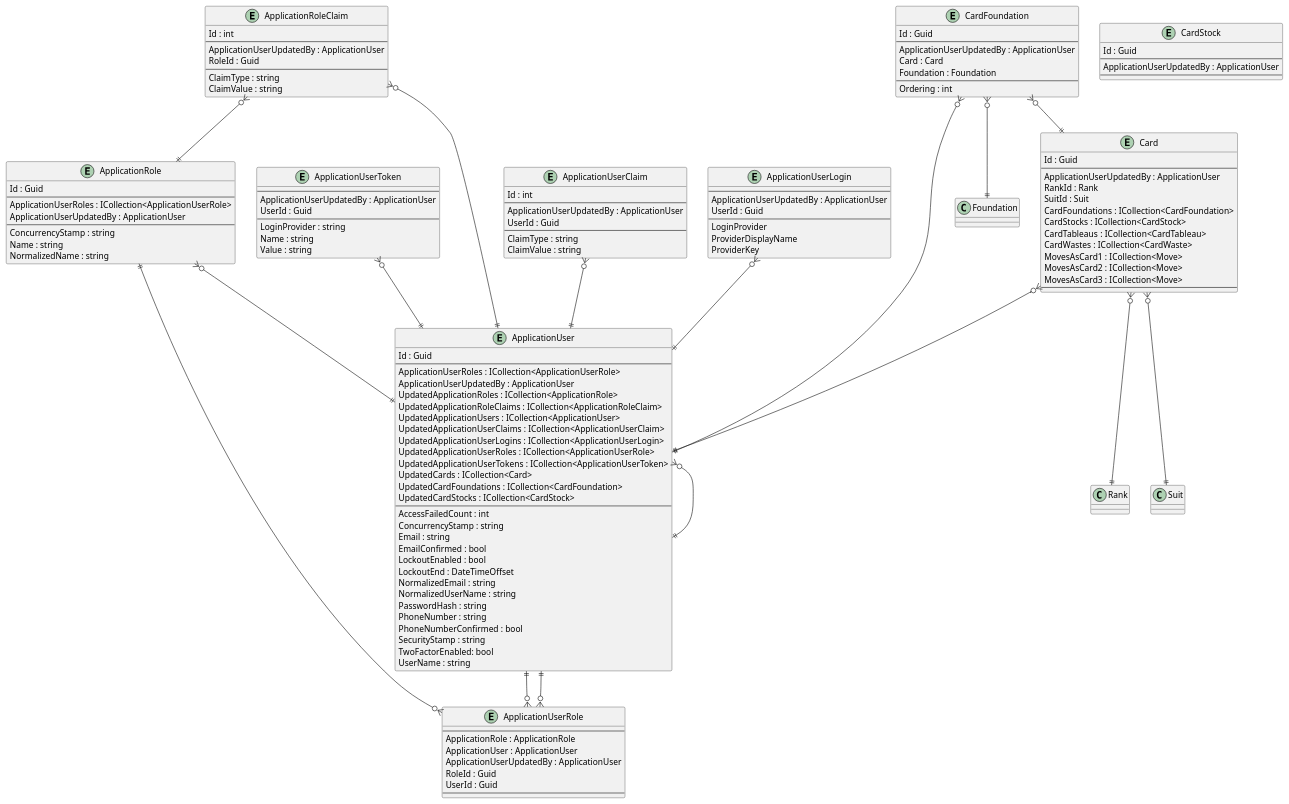
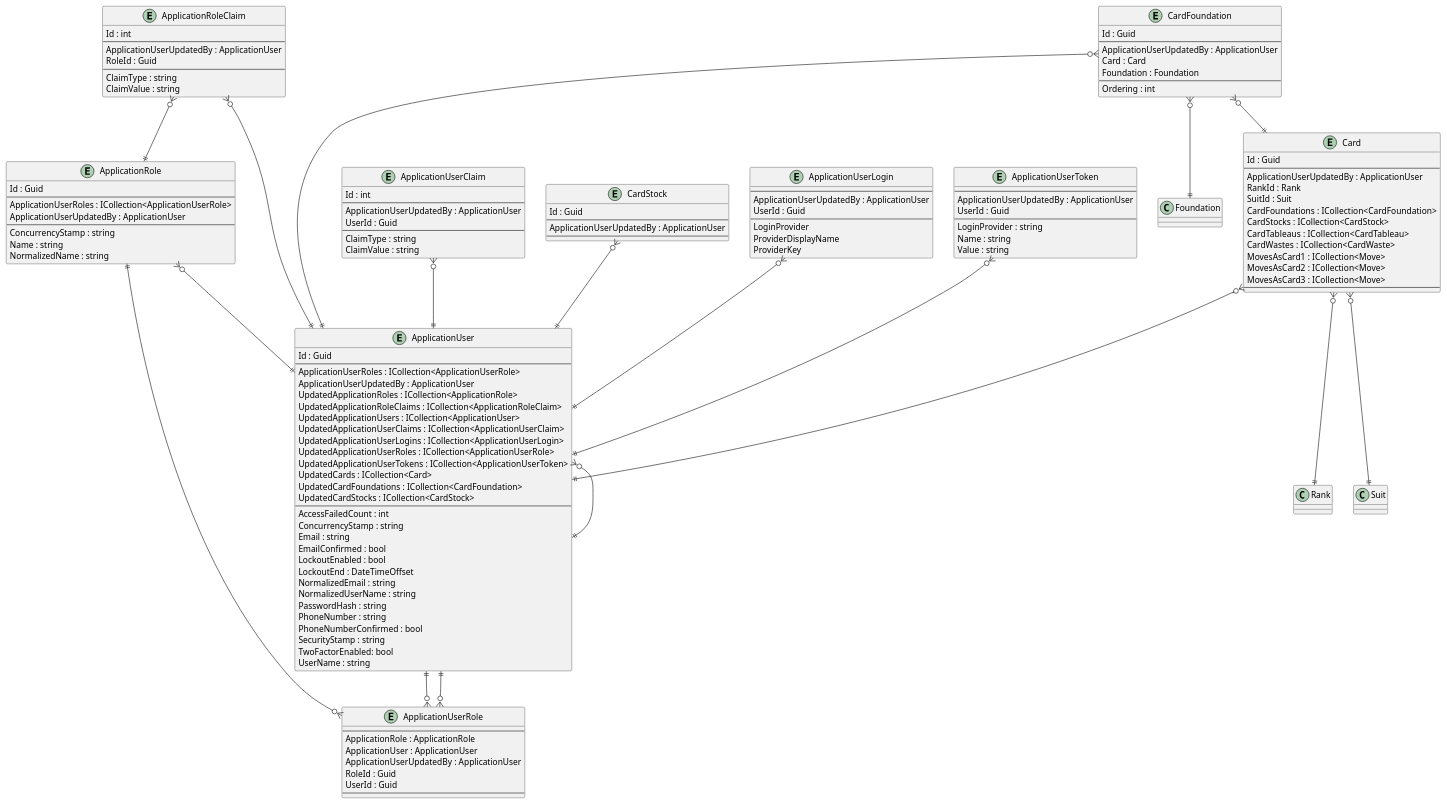
Before and after one commit to intrepion/intrepion_klondike-solitaire_csharp: the diagram in .docs/Intrepion.KlondikeSolitaire.pu, drawn with PlantUML.

```diff
--- a/.docs/Intrepion.KlondikeSolitaire.pu
+++ b/.docs/Intrepion.KlondikeSolitaire.pu
@@ -1,157 +1,158 @@
 @startuml
 
 entity ApplicationRole {
     Id : Guid
     --
     ApplicationUserRoles : ICollection<ApplicationUserRole>
     ApplicationUserUpdatedBy : ApplicationUser
     --
     ConcurrencyStamp : string
     Name : string
     NormalizedName : string
 }
 
 entity ApplicationRoleClaim {
     Id : int
     --
     ApplicationUserUpdatedBy : ApplicationUser
     RoleId : Guid
     --
     ClaimType : string
     ClaimValue : string
 }
 
 entity ApplicationUser {
     Id : Guid
     --
     ApplicationUserRoles : ICollection<ApplicationUserRole>
     ApplicationUserUpdatedBy : ApplicationUser
     UpdatedApplicationRoles : ICollection<ApplicationRole>
     UpdatedApplicationRoleClaims : ICollection<ApplicationRoleClaim>
     UpdatedApplicationUsers : ICollection<ApplicationUser>
     UpdatedApplicationUserClaims : ICollection<ApplicationUserClaim>
     UpdatedApplicationUserLogins : ICollection<ApplicationUserLogin>
     UpdatedApplicationUserRoles : ICollection<ApplicationUserRole>
     UpdatedApplicationUserTokens : ICollection<ApplicationUserToken>
     UpdatedCards : ICollection<Card>
     UpdatedCardFoundations : ICollection<CardFoundation>
     UpdatedCardStocks : ICollection<CardStock>
     ' ApplicationUserKeyCodePlaceholder
     --
     AccessFailedCount : int
     ConcurrencyStamp : string
     Email : string
     EmailConfirmed : bool
     LockoutEnabled : bool
     LockoutEnd : DateTimeOffset
     NormalizedEmail : string
     NormalizedUserName : string
     PasswordHash : string
     PhoneNumber : string
     PhoneNumberConfirmed : bool
     SecurityStamp : string
     TwoFactorEnabled: bool
     UserName : string
 }
 
 entity ApplicationUserClaim {
     Id : int
     --
     ApplicationUserUpdatedBy : ApplicationUser
     UserId : Guid
     --
     ClaimType : string
     ClaimValue : string
 }
 
 entity ApplicationUserLogin {
     --
     ApplicationUserUpdatedBy : ApplicationUser
     UserId : Guid
     --
     LoginProvider
     ProviderDisplayName
     ProviderKey
 }
 
 entity ApplicationUserRole {
     --
     ApplicationRole : ApplicationRole
     ApplicationUser : ApplicationUser
     ApplicationUserUpdatedBy : ApplicationUser
     RoleId : Guid
     UserId : Guid
     --
 }
 
 entity ApplicationUserToken {
     --
     ApplicationUserUpdatedBy : ApplicationUser
     UserId : Guid
     --
     LoginProvider : string
     Name : string
     Value : string
 }
 
 entity Card {
     Id : Guid
     --
     ApplicationUserUpdatedBy : ApplicationUser
     RankId : Rank
     SuitId : Suit
     CardFoundations : ICollection<CardFoundation>
     CardStocks : ICollection<CardStock>
     CardTableaus : ICollection<CardTableau>
     CardWastes : ICollection<CardWaste>
     MovesAsCard1 : ICollection<Move>
     MovesAsCard2 : ICollection<Move>
     MovesAsCard3 : ICollection<Move>
     ' CardKeyCodePlaceholder
     --
     ' CardPropertyCodePlaceholder
 }
 
 entity CardFoundation {
     Id : Guid
     --
     ApplicationUserUpdatedBy : ApplicationUser
     Card : Card
     Foundation : Foundation
     ' CardFoundationKeyCodePlaceholder
     --
     Ordering : int
     ' CardFoundationPropertyCodePlaceholder
 }
 
 entity CardStock {
     Id : Guid
     --
     ApplicationUserUpdatedBy : ApplicationUser
     ' CardStockKeyCodePlaceholder
     --
     ' CardStockPropertyCodePlaceholder
 }
 
 ' EntityCodePlaceholder
 
 ApplicationRole ||--o{ ApplicationUserRole
 ApplicationRole }o--|| ApplicationUser
 ApplicationRoleClaim }o--|| ApplicationRole
 ApplicationRoleClaim }o--|| ApplicationUser
 ApplicationUser }o--|| ApplicationUser
 ApplicationUser ||--o{ ApplicationUserRole
 ApplicationUserClaim }o--|| ApplicationUser
 ApplicationUserLogin }o--|| ApplicationUser
 ApplicationUserRole }o--|| ApplicationUser
 ApplicationUserToken }o--|| ApplicationUser
 
 Card }o--|| ApplicationUser
 Card }o--|| Rank
 Card }o--|| Suit
 CardFoundation }o--|| ApplicationUser
 CardFoundation }o--|| Card
 CardFoundation }o--|| Foundation
+CardStock }o--|| ApplicationUser
 ' RelationshipCodePlaceholder
 
 @enduml
```
